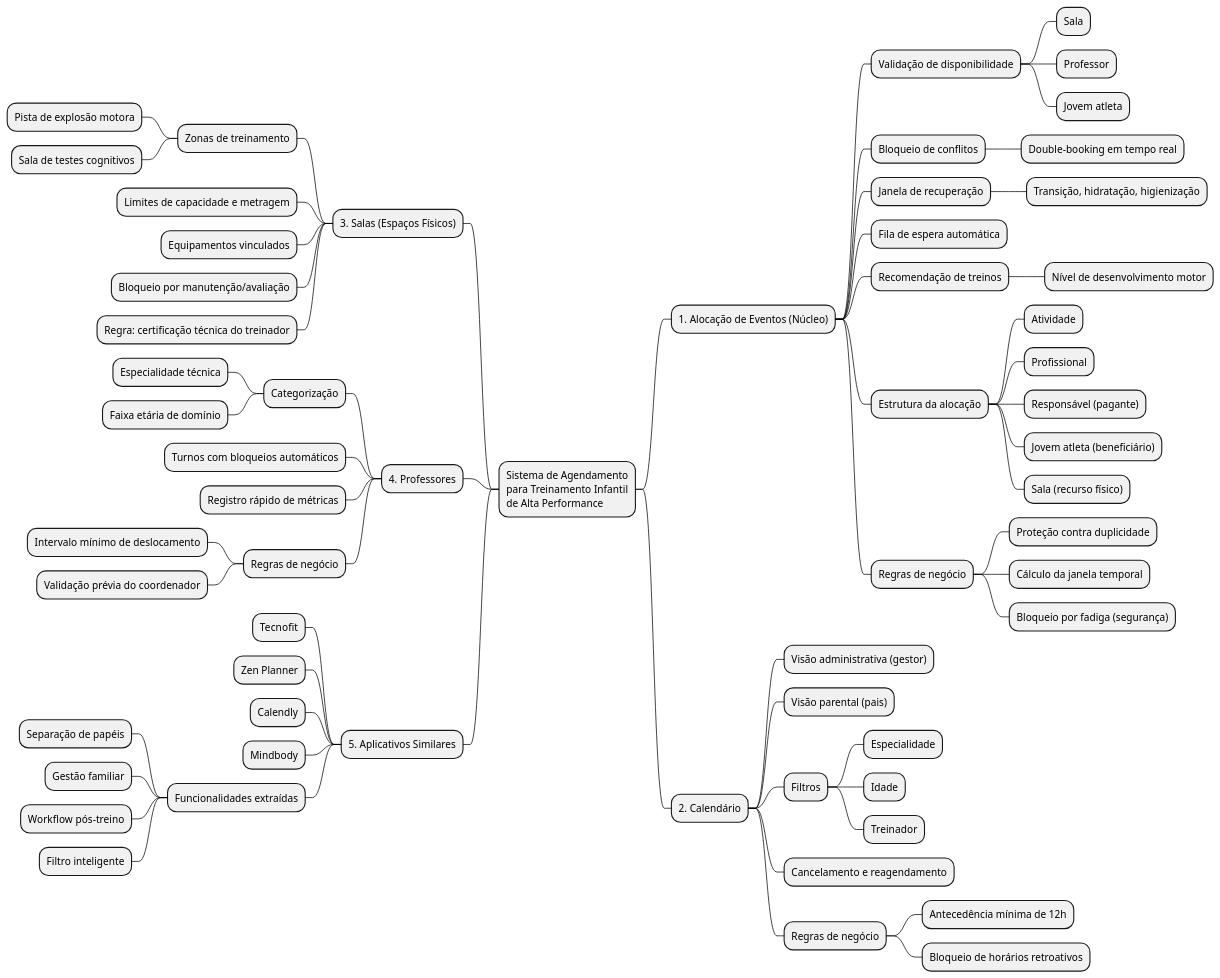
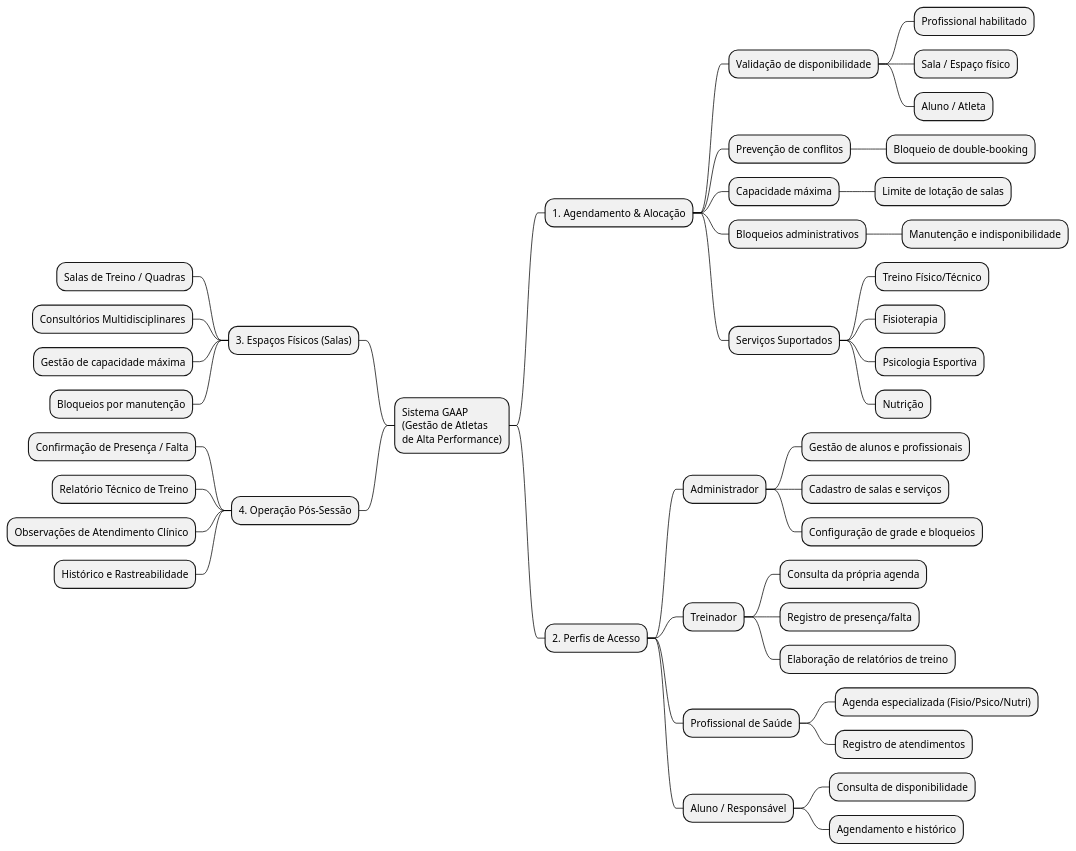
The first of 2 diagrams in docs/assets/Mapas_Mentais/mm.wsd (Projetos-de-Extensao/PBE_26.2_8002_III), drawn with PlantUML before and after one commit. The commit also changed other lines of this file and 3 other files, not shown here.

```diff
--- a/docs/assets/Mapas_Mentais/mm.wsd
+++ b/docs/assets/Mapas_Mentais/mm.wsd
@@ -1,73 +1,53 @@
 @startmindmap Mapa_Mental_Pesquisa
 skinparam monochrome true
 skinparam ArrowColor #000000
 skinparam NodeFontSize 14
 
-* Sistema de Agendamento\npara Treinamento Infantil\nde Alta Performance
-** 1. Alocação de Eventos (Núcleo)
+* Sistema GAAP\n(Gestão de Atletas\nde Alta Performance)
+** 1. Agendamento & Alocação
 *** Validação de disponibilidade
-    **** Sala
-    **** Professor
-    **** Jovem atleta
-*** Bloqueio de conflitos
-    **** Double-booking em tempo real
-*** Janela de recuperação
-    **** Transição, hidratação, higienização
-*** Fila de espera automática
-*** Recomendação de treinos
-    **** Nível de desenvolvimento motor
-*** Estrutura da alocação
-    **** Atividade
-    **** Profissional
-    **** Responsável (pagante)
-    **** Jovem atleta (beneficiário)
-    **** Sala (recurso físico)
-*** Regras de negócio
-    **** Proteção contra duplicidade
-    **** Cálculo da janela temporal
-    **** Bloqueio por fadiga (segurança)
+**** Profissional habilitado
+**** Sala / Espaço físico
+**** Aluno / Atleta
+*** Prevenção de conflitos
+**** Bloqueio de double-booking
+*** Capacidade máxima
+**** Limite de lotação de salas
+*** Bloqueios administrativos
+**** Manutenção e indisponibilidade
+*** Serviços Suportados
+**** Treino Físico/Técnico
+**** Fisioterapia
+**** Psicologia Esportiva
+**** Nutrição
 
-** 2. Calendário
-*** Visão administrativa (gestor)
-*** Visão parental (pais)
-*** Filtros
-    **** Especialidade
-    **** Idade
-    **** Treinador
-*** Cancelamento e reagendamento
-*** Regras de negócio
-    **** Antecedência mínima de 12h
-    **** Bloqueio de horários retroativos
+** 2. Perfis de Acesso
+*** Administrador
+**** Gestão de alunos e profissionais
+**** Cadastro de salas e serviços
+**** Configuração de grade e bloqueios
+*** Treinador
+**** Consulta da própria agenda
+**** Registro de presença/falta
+**** Elaboração de relatórios de treino
+*** Profissional de Saúde
+**** Agenda especializada (Fisio/Psico/Nutri)
+**** Registro de atendimentos
+*** Aluno / Responsável
+**** Consulta de disponibilidade
+**** Agendamento e histórico
 
 left side
 
-** 3. Salas (Espaços Físicos)
-*** Zonas de treinamento
-    **** Pista de explosão motora
-    **** Sala de testes cognitivos
-*** Limites de capacidade e metragem
-*** Equipamentos vinculados
-*** Bloqueio por manutenção/avaliação
-*** Regra: certificação técnica do treinador
+** 3. Espaços Físicos (Salas)
+*** Salas de Treino / Quadras
+*** Consultórios Multidisciplinares
+*** Gestão de capacidade máxima
+*** Bloqueios por manutenção
 
-** 4. Professores
-*** Categorização
-    **** Especialidade técnica
-    **** Faixa etária de domínio
-*** Turnos com bloqueios automáticos
-*** Registro rápido de métricas
-*** Regras de negócio
-    **** Intervalo mínimo de deslocamento
-    **** Validação prévia do coordenador
-
-** 5. Aplicativos Similares
-*** Tecnofit
-*** Zen Planner
-*** Calendly
-*** Mindbody
-*** Funcionalidades extraídas
-    **** Separação de papéis
-    **** Gestão familiar
-    **** Workflow pós-treino
-    **** Filtro inteligente
+** 4. Operação Pós-Sessão
+*** Confirmação de Presença / Falta
+*** Relatório Técnico de Treino
+*** Observações de Atendimento Clínico
+*** Histórico e Rastreabilidade
 @endmindmap
```
